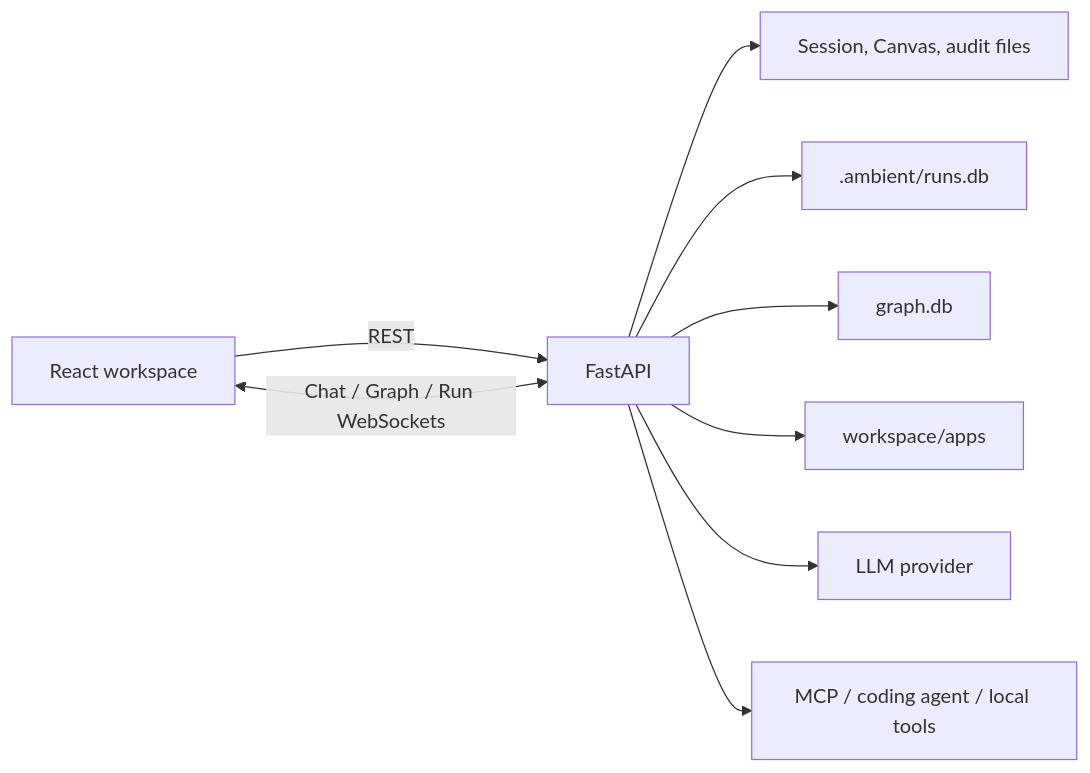
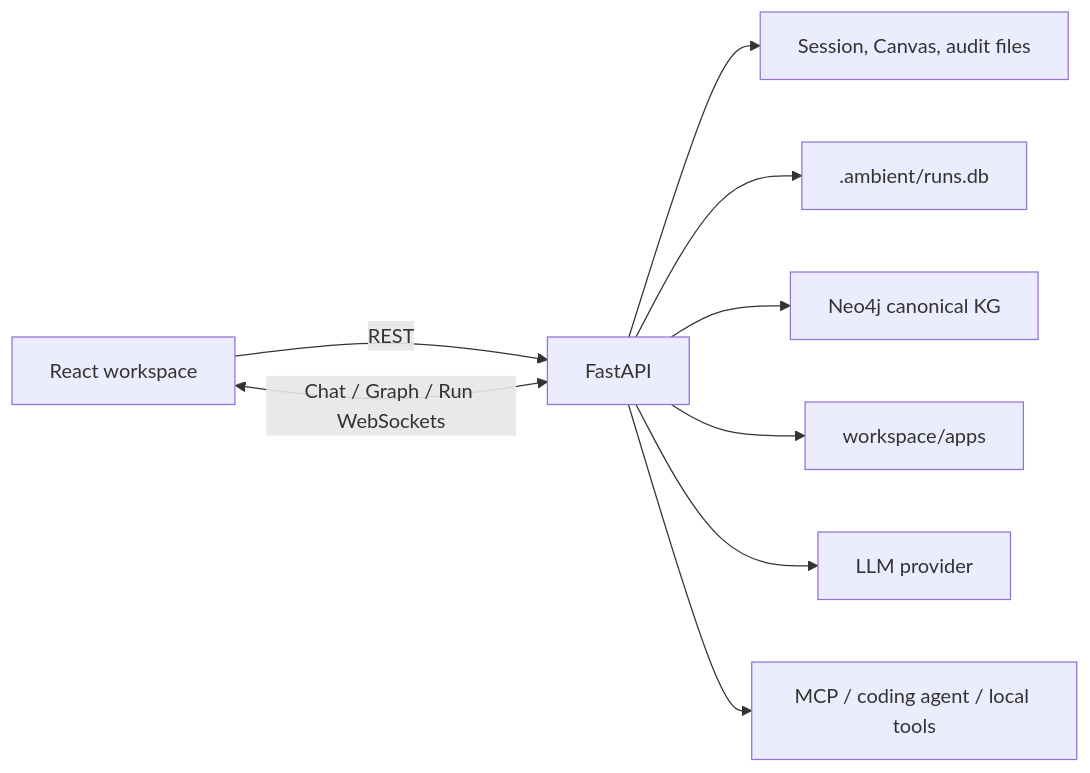
The diagram in docs/en/architecture/overview.md (BillShiyaoZhang/ambient-agent), drawn with Mermaid before and after one commit. The commit also changed other lines of this file and 43 other files, not shown here.

````diff
--- a/docs/en/architecture/overview.md
+++ b/docs/en/architecture/overview.md
@@ -5,11 +5,11 @@
 ```mermaid
 flowchart LR
     Browser[React workspace] -->|REST| API[FastAPI]
     Browser <-->|Chat / Graph / Run WebSockets| API
     API --> Workspace[Session, Canvas, audit files]
     API --> RunStore[.ambient/runs.db]
-    API --> Graph[graph.db]
+    API --> Graph[Neo4j canonical KG]
     API --> Apps[workspace/apps]
     API --> LLM[LLM provider]
     API --> External[MCP / coding agent / local tools]
 ```
````
